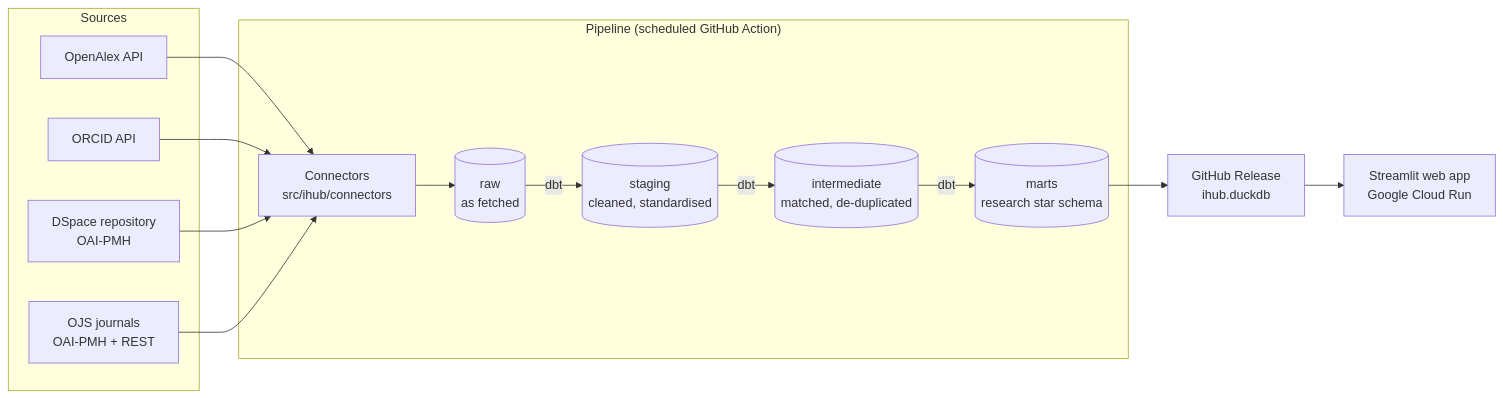
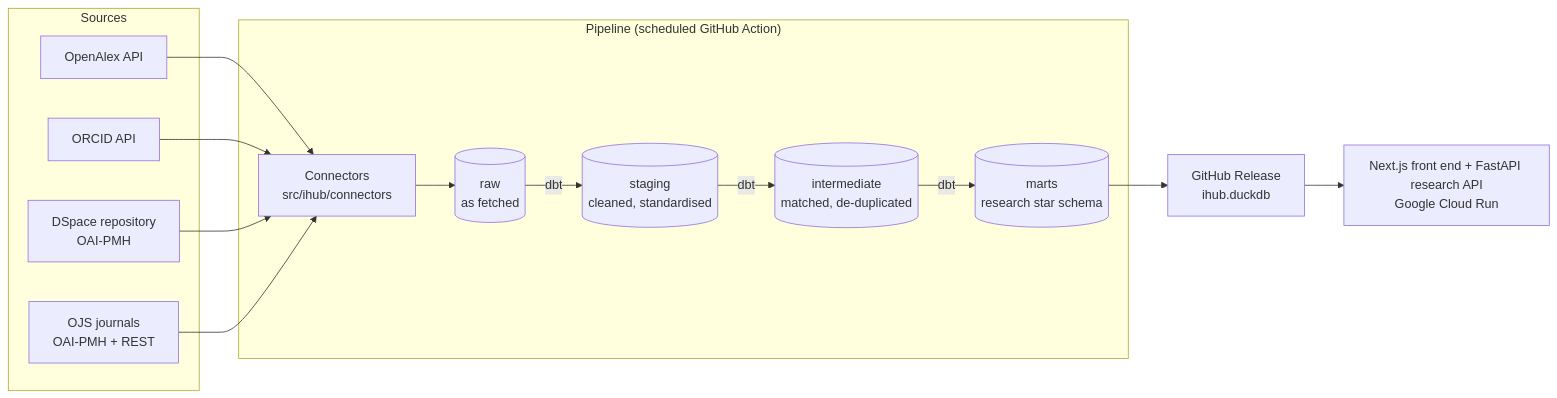
The diagram in README.md (DataLab-UNZA/ihub-data-analytics-platform), drawn with Mermaid before and after one commit. The commit also changed other lines of this file and 33 other files, not shown here.

First line of the commit message:
Remove the Streamlit app and unused front-end code

````diff
--- a/README.md
+++ b/README.md
@@ -20,27 +20,27 @@
 ```mermaid
 flowchart LR
     subgraph Sources
         OA[OpenAlex API]
         OR[ORCID API]
         DS[DSpace repository<br/>OAI-PMH]
         OJ[OJS journals<br/>OAI-PMH + REST]
     end
 
     subgraph Pipeline["Pipeline (scheduled GitHub Action)"]
         C[Connectors<br/>src/ihub/connectors]
         RAW[(raw<br/>as fetched)]
         STG[(staging<br/>cleaned, standardised)]
         INT[(intermediate<br/>matched, de-duplicated)]
         MART[(marts<br/>research star schema)]
     end
 
     REL[GitHub Release<br/>ihub.duckdb]
-    APP[Streamlit web app<br/>Google Cloud Run]
+    APP[Next.js front end + FastAPI research API<br/>Google Cloud Run]
 
     OA --> C
     OR --> C
     DS --> C
     OJ --> C
     C --> RAW -->|dbt| STG -->|dbt| INT -->|dbt| MART
     MART --> REL --> APP
 ```
````
